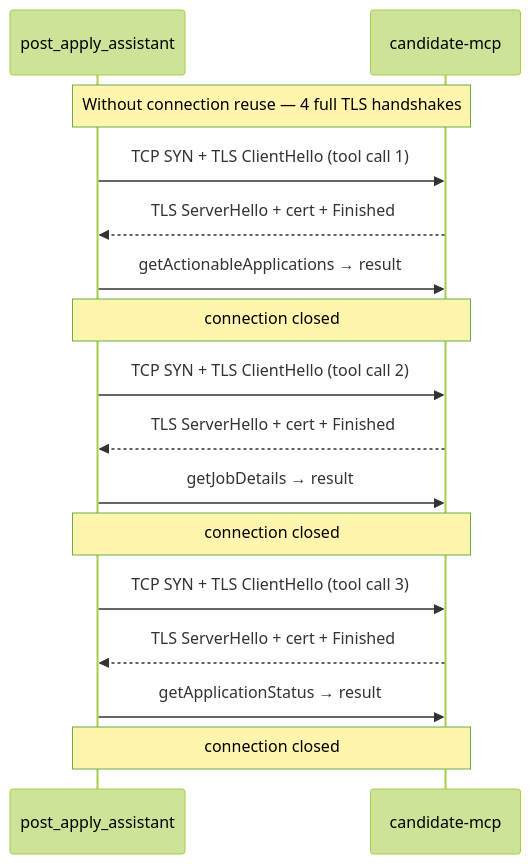
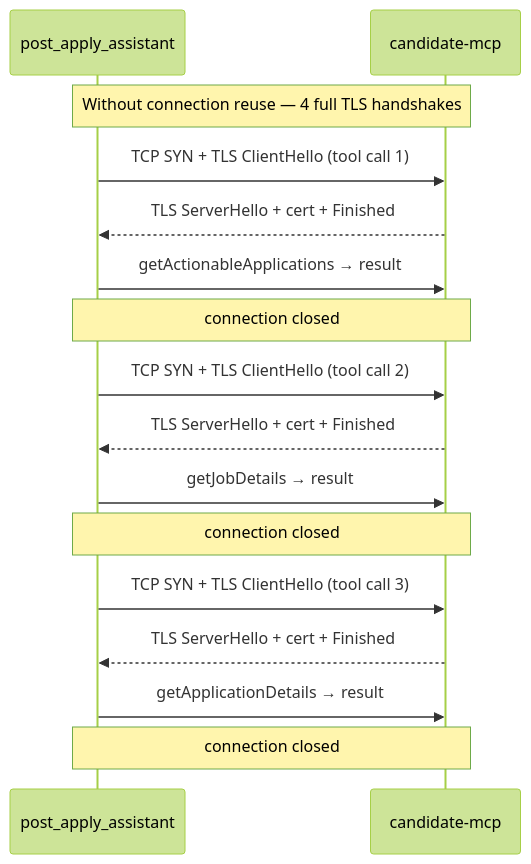
Before and after one commit to venkat-raman17/candidate-agent: diagram 19 of 32 in LLD_POST_APPLY_ASSISTANT.md, drawn with Mermaid (forest theme). The commit also changed other lines of this file, not shown here.

First line of the commit message:
fix: update job details in post-apply assistant documentation

````diff
--- a/LLD_POST_APPLY_ASSISTANT.md
+++ b/LLD_POST_APPLY_ASSISTANT.md
@@ -1089,22 +1084,22 @@
 ```mermaid
 sequenceDiagram
     participant PAA as post_apply_assistant
     participant MCP as candidate-mcp
 
     note over PAA,MCP: Without connection reuse — 4 full TLS handshakes
 
     PAA->>MCP: TCP SYN + TLS ClientHello (tool call 1)
     MCP-->>PAA: TLS ServerHello + cert + Finished
     PAA->>MCP: getActionableApplications → result
     note over PAA,MCP: connection closed
 
     PAA->>MCP: TCP SYN + TLS ClientHello (tool call 2)
     MCP-->>PAA: TLS ServerHello + cert + Finished
     PAA->>MCP: getJobDetails → result
     note over PAA,MCP: connection closed
 
     PAA->>MCP: TCP SYN + TLS ClientHello (tool call 3)
     MCP-->>PAA: TLS ServerHello + cert + Finished
-    PAA->>MCP: getApplicationStatus → result
+    PAA->>MCP: getApplicationDetails → result
     note over PAA,MCP: connection closed
 ```
````
